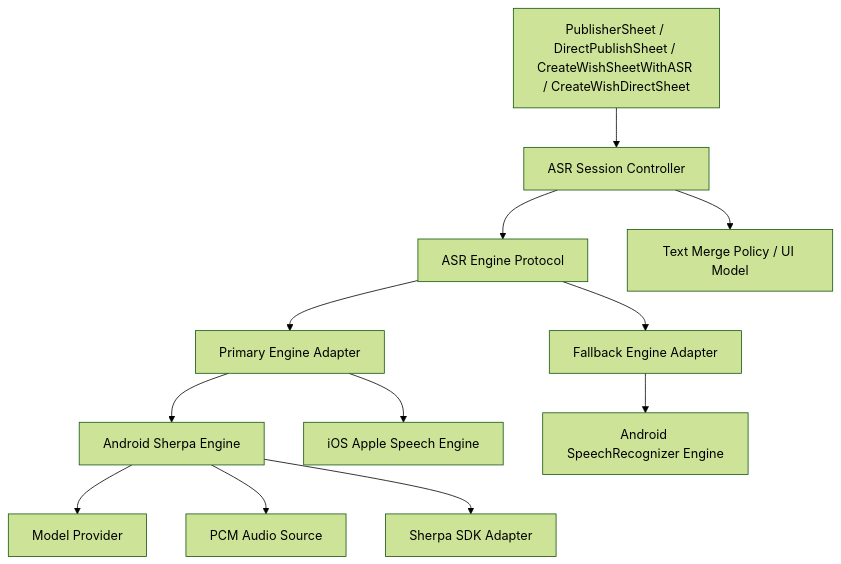
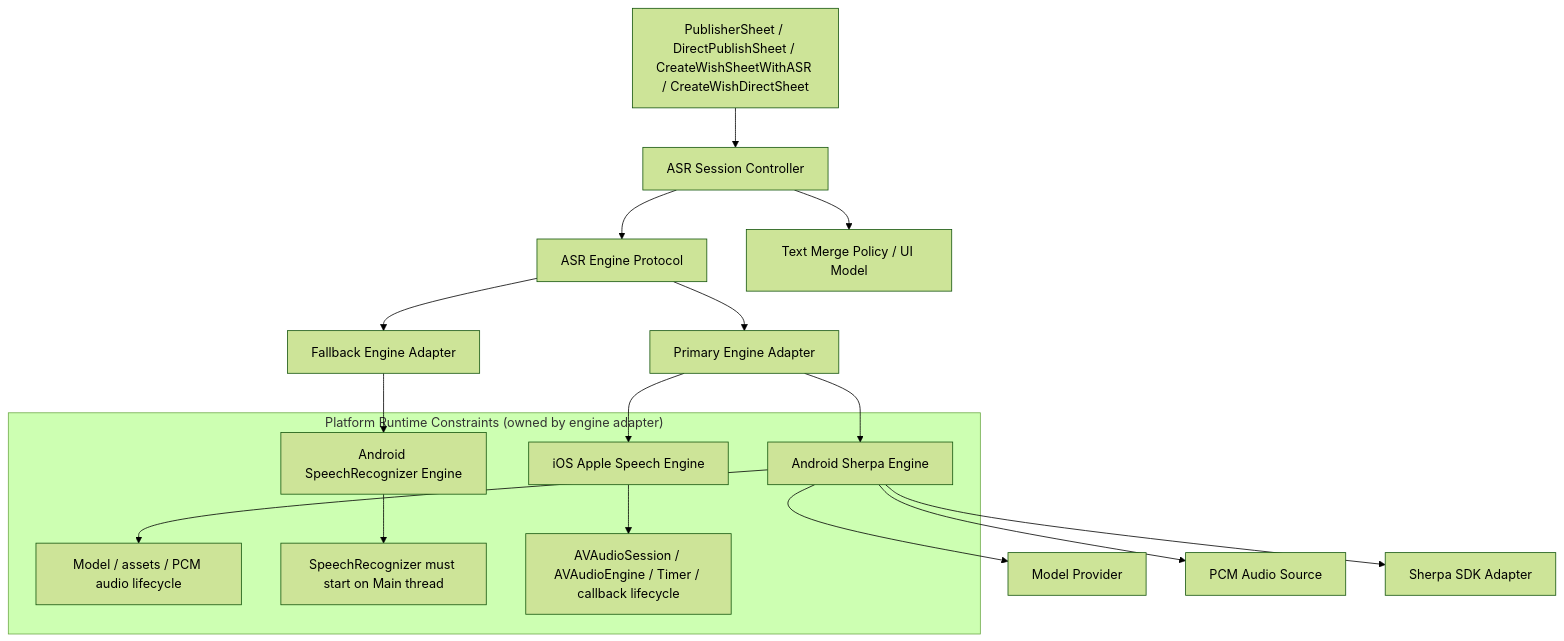
The first of 2 diagrams in docs/plans/2026-03-31-cross-platform-asr-refactor-design.md (Johnson-Ding/Wishpool), drawn with Mermaid (forest theme) before and after one commit. The commit also changed other lines of this file and 87 other files, not shown here.

````diff
--- a/docs/plans/2026-03-31-cross-platform-asr-refactor-design.md
+++ b/docs/plans/2026-03-31-cross-platform-asr-refactor-design.md
@@ -48,18 +63,23 @@
 ```mermaid
 flowchart TD
     UI["PublisherSheet / DirectPublishSheet / CreateWishSheetWithASR / CreateWishDirectSheet"] --> Session["ASR Session Controller"]
     Session --> Engine["ASR Engine Protocol"]
     Session --> Merge["Text Merge Policy / UI Model"]
 
     Engine --> Primary["Primary Engine Adapter"]
     Engine --> Fallback["Fallback Engine Adapter"]
 
     Primary --> AndroidSherpa["Android Sherpa Engine"]
     Fallback --> AndroidSpeech["Android SpeechRecognizer Engine"]
+    Primary --> AppleSpeech["iOS Apple Speech Engine"]
 
-    Primary --> AppleSpeech["iOS Apple Speech Engine"]
+    subgraph Runtime["Platform Runtime Constraints (owned by engine adapter)"]
+        AndroidSherpa --> SherpaRuntime["Model / assets / PCM audio lifecycle"]
+        AndroidSpeech --> AndroidMain["SpeechRecognizer must start on Main thread"]
+        AppleSpeech --> AppleRuntime["AVAudioSession / AVAudioEngine / Timer / callback lifecycle"]
+    end
 
     AndroidSherpa --> Model["Model Provider"]
     AndroidSherpa --> Audio["PCM Audio Source"]
     AndroidSherpa --> Sdk["Sherpa SDK Adapter"]
 ```
````
